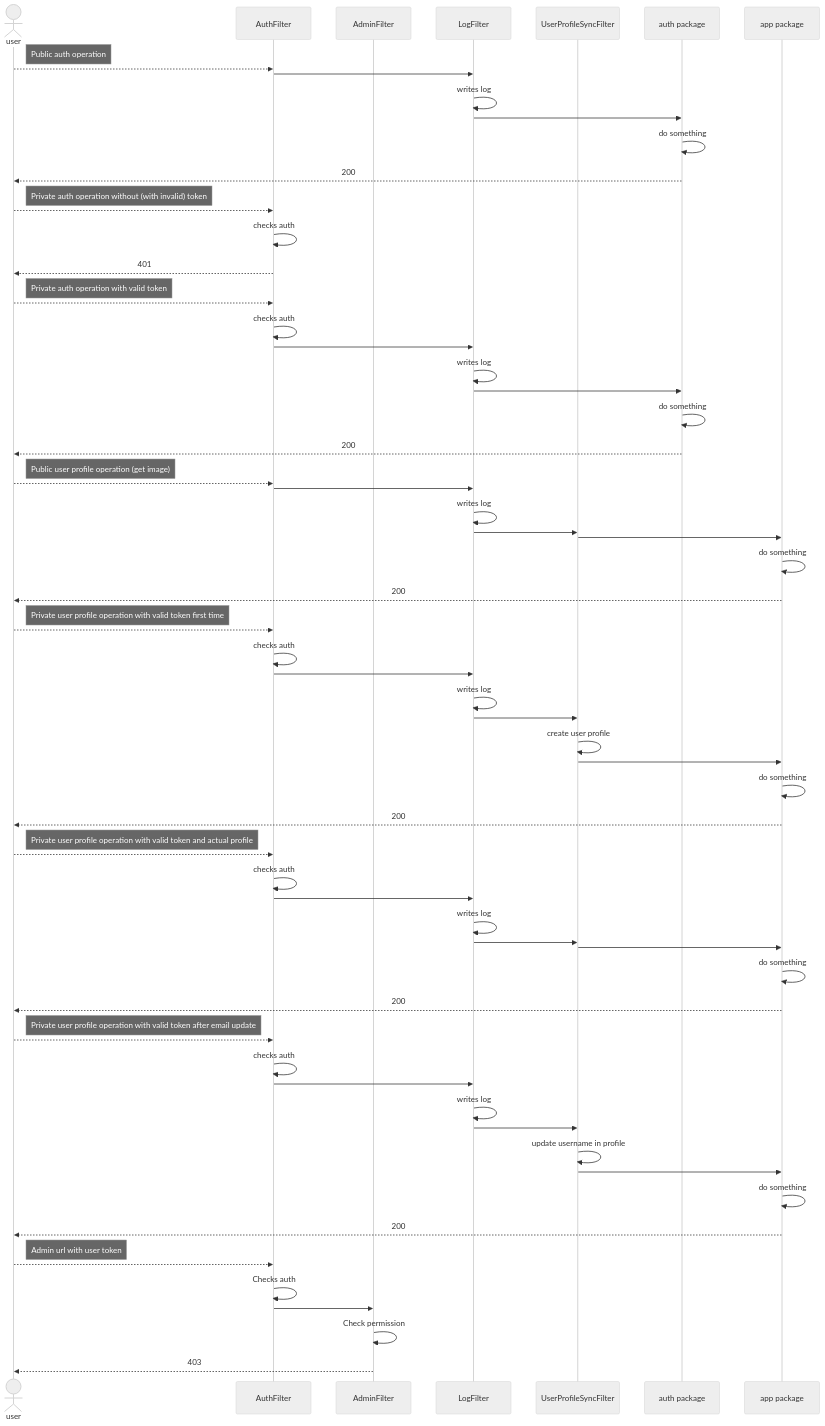
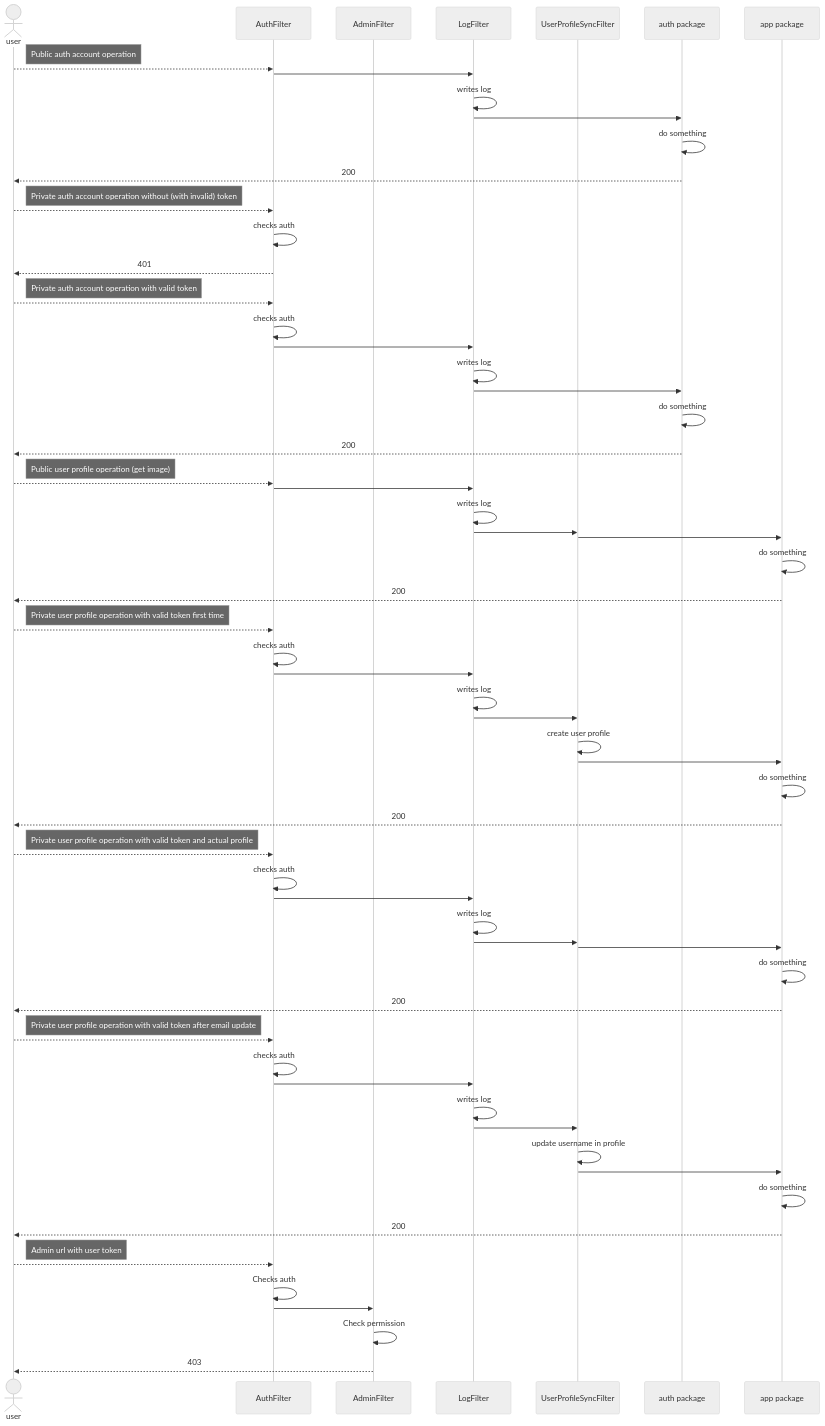
One commit to drsanches/photobooth changed the fourth of 8 diagrams in readme.md. Above: the diagram before and after it, drawn with Mermaid (neutral theme). The commit also changed other lines of this file and 23 other files, not shown here.

````diff
--- a/readme.md
+++ b/readme.md
@@ -155,80 +165,80 @@
 ```mermaid
 sequenceDiagram
     actor user
     participant AuthFilter
     participant AdminFilter
     participant LogFilter
     participant UserProfileSyncFilter
     participant auth as auth package
     participant app as app package
     
-    note right of user: Public auth operation
+    note right of user: Public auth account operation
     user -->> AuthFilter: 
     AuthFilter ->> LogFilter: 
     LogFilter ->> LogFilter: writes log
     LogFilter ->> auth: 
     auth ->> auth: do something
     auth -->> user: 200
     
-    note right of user: Private auth operation without (with invalid) token
+    note right of user: Private auth account operation without (with invalid) token
     user -->> AuthFilter: 
     AuthFilter ->> AuthFilter: checks auth
     AuthFilter -->> user: 401
 
-    note right of user: Private auth operation with valid token
+    note right of user: Private auth account operation with valid token
     user -->> AuthFilter: 
     AuthFilter ->> AuthFilter: checks auth
     AuthFilter ->>  LogFilter: 
     LogFilter ->> LogFilter: writes log
     LogFilter ->> auth: 
     auth ->> auth: do something
     auth -->> user: 200
 
     note right of user: Public user profile operation (get image)
     user -->> AuthFilter: 
     AuthFilter ->> LogFilter: 
     LogFilter ->> LogFilter: writes log
     LogFilter ->> UserProfileSyncFilter: 
     UserProfileSyncFilter ->> app: 
     app ->> app: do something
     app -->> user: 200
 
     note right of user: Private user profile operation with valid token first time
     user -->> AuthFilter: 
     AuthFilter ->> AuthFilter: checks auth
     AuthFilter ->> LogFilter: 
     LogFilter ->> LogFilter: writes log
     LogFilter ->> UserProfileSyncFilter: 
     UserProfileSyncFilter ->> UserProfileSyncFilter: create user profile
     UserProfileSyncFilter ->> app: 
     app ->> app: do something
     app -->> user: 200
 
     note right of user: Private user profile operation with valid token and actual profile
     user -->> AuthFilter: 
     AuthFilter ->> AuthFilter: checks auth
     AuthFilter ->> LogFilter: 
     LogFilter ->> LogFilter: writes log
     LogFilter ->> UserProfileSyncFilter: 
     UserProfileSyncFilter ->> app: 
     app ->> app: do something
     app -->> user: 200
 
     note right of user: Private user profile operation with valid token after email update
     user -->> AuthFilter: 
     AuthFilter ->> AuthFilter: checks auth
     AuthFilter ->> LogFilter: 
     LogFilter ->> LogFilter: writes log
     LogFilter ->> UserProfileSyncFilter: 
     UserProfileSyncFilter ->> UserProfileSyncFilter: update username in profile
     UserProfileSyncFilter ->> app: 
     app ->> app: do something
     app -->> user: 200
 
     note right of user: Admin url with user token
     user -->> AuthFilter: 
     AuthFilter ->> AuthFilter: Checks auth
     AuthFilter ->> AdminFilter: 
     AdminFilter ->> AdminFilter: Check permission
     AdminFilter -->> user: 403
 ```
````
